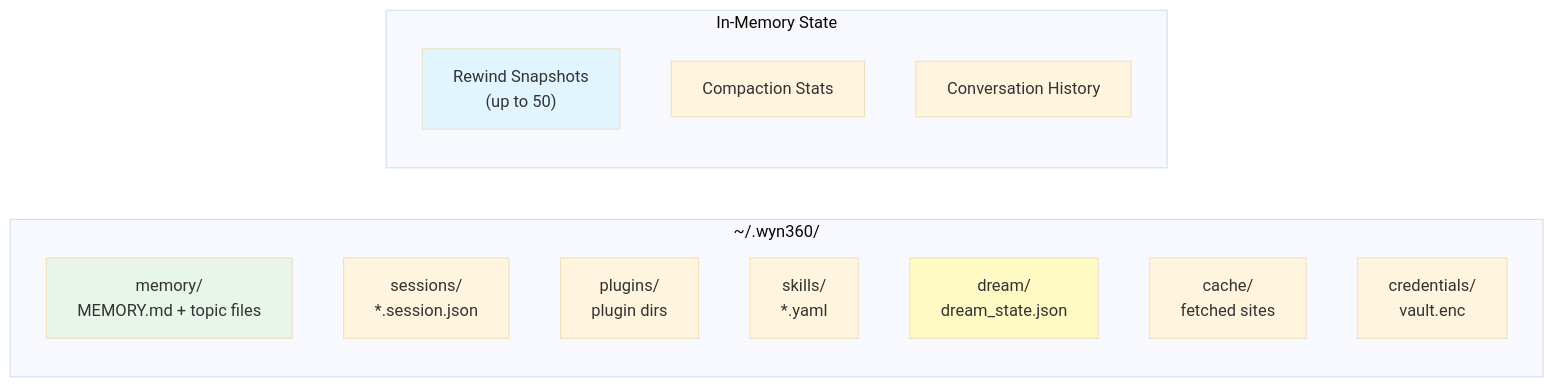
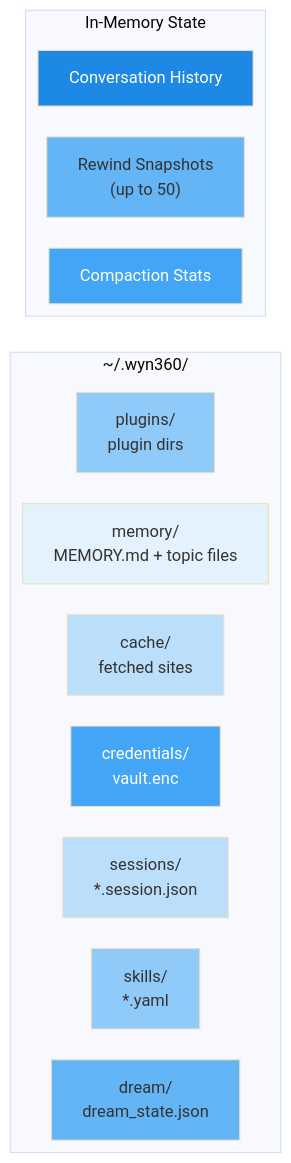
One commit to yiqiao-yin/wyn360-cli changed the fourth of 4 diagrams in docusaurus-docs/docs/architecture/system.md. Above: the diagram before and after it, drawn with Mermaid (base theme). The commit also changed other lines of this file and 1 other file, not shown here.

First line of the commit message:
style: Add ELK layout and blue gradient to all Mermaid diagrams

````diff
--- a/docusaurus-docs/docs/architecture/system.md
+++ b/docusaurus-docs/docs/architecture/system.md
@@ -216,22 +269,33 @@
 ```mermaid
+---
+config:
+  layout: elk
+---
 graph LR
     subgraph "~/.wyn360/"
         Memory["memory/<br/>MEMORY.md + topic files"]
         Sessions["sessions/<br/>*.session.json"]
         Plugins["plugins/<br/>plugin dirs"]
         Skills["skills/<br/>*.yaml"]
         Dream["dream/<br/>dream_state.json"]
         Cache["cache/<br/>fetched sites"]
         Creds["credentials/<br/>vault.enc"]
     end
 
     subgraph "In-Memory State"
         Rewind["Rewind Snapshots<br/>(up to 50)"]
         Compact["Compaction Stats"]
         History["Conversation History"]
     end
 
-    style Memory fill:#e8f5e9
-    style Dream fill:#fff9c4
-    style Rewind fill:#e1f5ff
+    style Memory fill:#e3f2fd
+    style Sessions fill:#bbdefb
+    style Plugins fill:#90caf9
+    style Skills fill:#90caf9
+    style Dream fill:#64b5f6
+    style Cache fill:#bbdefb
+    style Creds fill:#42a5f5,color:#fff
+    style Rewind fill:#64b5f6
+    style Compact fill:#42a5f5,color:#fff
+    style History fill:#1e88e5,color:#fff
 ```
````
